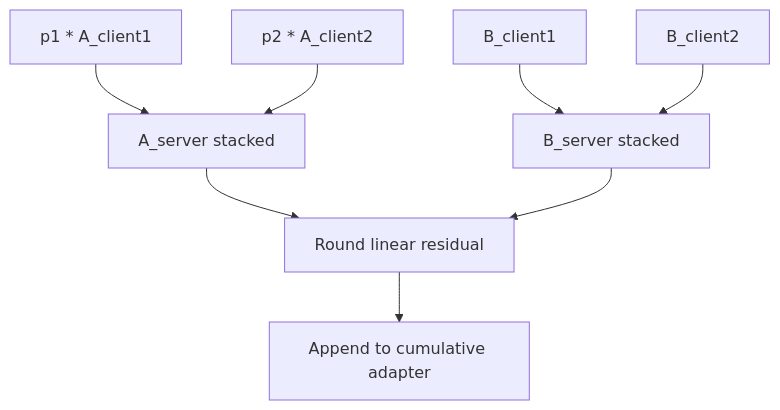
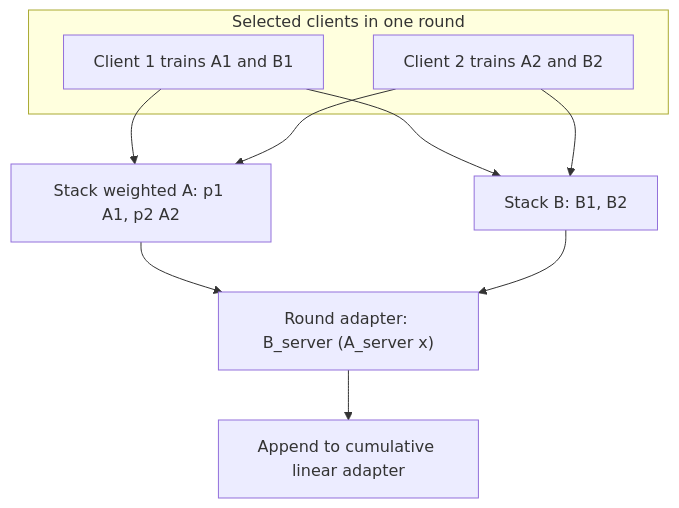
One commit to trantrieuvy/vflora changed the second of 4 diagrams in docs/METHODS.md. Above: the diagram before and after it, drawn with Mermaid. The commit also changed other lines of this file, not shown here.

Commit message:
Refine method diagrams and notation

````diff
--- a/docs/METHODS.md
+++ b/docs/METHODS.md
@@ -60,10 +69,17 @@
 ```mermaid
 flowchart TD
-  A1[p1 * A_client1] --> AS[A_server stacked]
-  A2[p2 * A_client2] --> AS
-  B1[B_client1] --> BS[B_server stacked]
-  B2[B_client2] --> BS
-  AS --> R[Round linear residual]
-  BS --> R
-  R --> C[Append to cumulative adapter]
+  subgraph Clients["Selected clients in one round"]
+    C1["Client 1 trains A1 and B1"]
+    C2["Client 2 trains A2 and B2"]
+  end
+
+  C1 --> AStack["Stack weighted A: p1 A1, p2 A2"]
+  C2 --> AStack
+
+  C1 --> BStack["Stack B: B1, B2"]
+  C2 --> BStack
+
+  AStack --> Round["Round adapter: B_server (A_server x)"]
+  BStack --> Round
+  Round --> Global["Append to cumulative linear adapter"]
 ```
````
